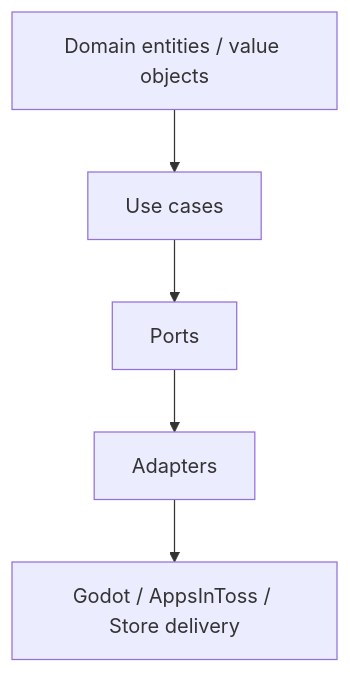
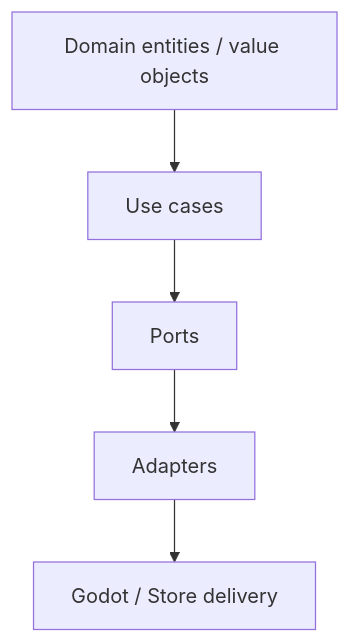
Before and after one commit to seorilabs/starter-template-game: the diagram in docs/03-architecture/README.md, drawn with Mermaid. The commit also changed 88 other files, not shown here.

````diff
--- a/docs/03-architecture/README.md
+++ b/docs/03-architecture/README.md
@@ -5,13 +5,13 @@
 ```mermaid
 flowchart TB
   Domain["Domain entities / value objects"]
   UseCases["Use cases"]
   Ports["Ports"]
   Adapters["Adapters"]
-  Delivery["Godot / AppsInToss / Store delivery"]
+  Delivery["Godot / Store delivery"]
 
   Domain --> UseCases
   UseCases --> Ports
   Ports --> Adapters
   Adapters --> Delivery
 ```
````
